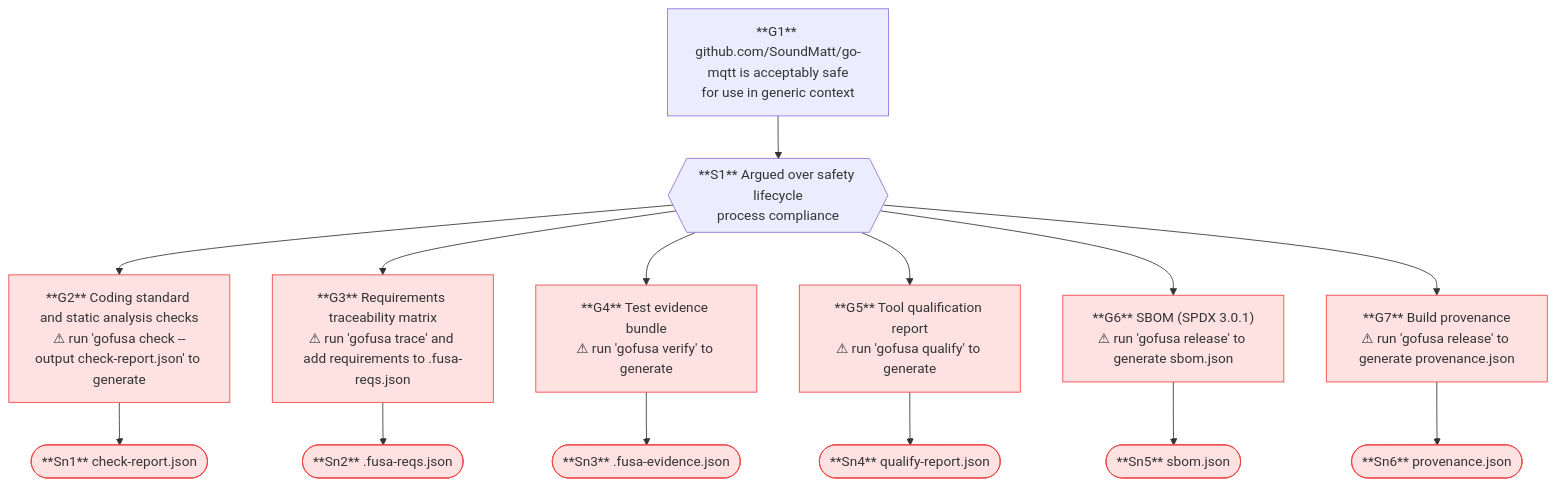
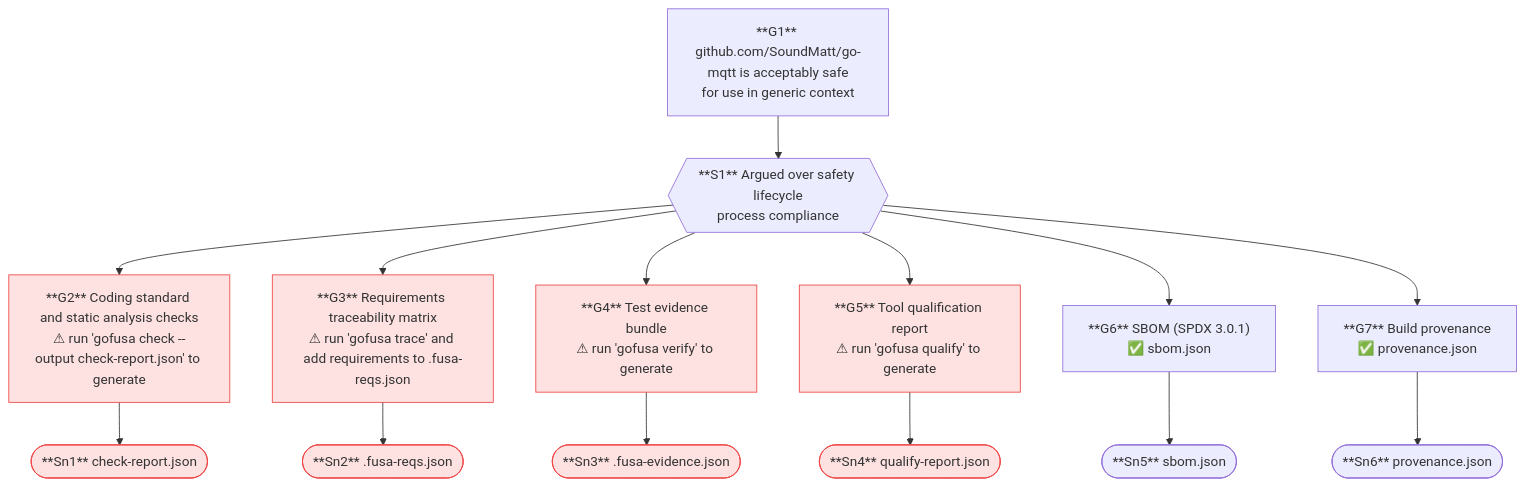
One commit to SoundMatt/go-mqtt changed the diagram in safety-case.mermaid. Above: the diagram before and after it, drawn with Mermaid. The commit also changed 7 other files, not shown here.

```diff
--- a/safety-case.mermaid
+++ b/safety-case.mermaid
@@ -1,40 +1,36 @@
 flowchart TD
     G1["**G1** github.com/SoundMatt/go-mqtt is acceptably safe\nfor use in generic context"]
     S1{{"**S1** Argued over safety lifecycle\nprocess compliance"}}
     G2["**G2** Coding standard and static analysis checks\n⚠ run 'gofusa check --output check-report.json' to generate"]
     Sn1(["**Sn1** check-report.json"])
     G3["**G3** Requirements traceability matrix\n⚠ run 'gofusa trace' and add requirements to .fusa-reqs.json"]
     Sn2(["**Sn2** .fusa-reqs.json"])
     G4["**G4** Test evidence bundle\n⚠ run 'gofusa verify' to generate"]
     Sn3(["**Sn3** .fusa-evidence.json"])
     G5["**G5** Tool qualification report\n⚠ run 'gofusa qualify' to generate"]
     Sn4(["**Sn4** qualify-report.json"])
-    G6["**G6** SBOM (SPDX 3.0.1)\n⚠ run 'gofusa release' to generate sbom.json"]
+    G6["**G6** SBOM (SPDX 3.0.1)\n✅ sbom.json"]
     Sn5(["**Sn5** sbom.json"])
-    G7["**G7** Build provenance\n⚠ run 'gofusa release' to generate provenance.json"]
+    G7["**G7** Build provenance\n✅ provenance.json"]
     Sn6(["**Sn6** provenance.json"])
     G1 --> S1
     S1 --> G2
     S1 --> G3
     S1 --> G4
     S1 --> G5
     S1 --> G6
     S1 --> G7
     G2 --> Sn1
     G3 --> Sn2
     G4 --> Sn3
     G5 --> Sn4
     G6 --> Sn5
     G7 --> Sn6
     style G2 fill:#fee2e2,stroke:#ef4444
     style Sn1 fill:#fee2e2,stroke:#ef4444
     style G3 fill:#fee2e2,stroke:#ef4444
     style Sn2 fill:#fee2e2,stroke:#ef4444
     style G4 fill:#fee2e2,stroke:#ef4444
     style Sn3 fill:#fee2e2,stroke:#ef4444
     style G5 fill:#fee2e2,stroke:#ef4444
     style Sn4 fill:#fee2e2,stroke:#ef4444
-    style G6 fill:#fee2e2,stroke:#ef4444
-    style Sn5 fill:#fee2e2,stroke:#ef4444
-    style G7 fill:#fee2e2,stroke:#ef4444
-    style Sn6 fill:#fee2e2,stroke:#ef4444
```
